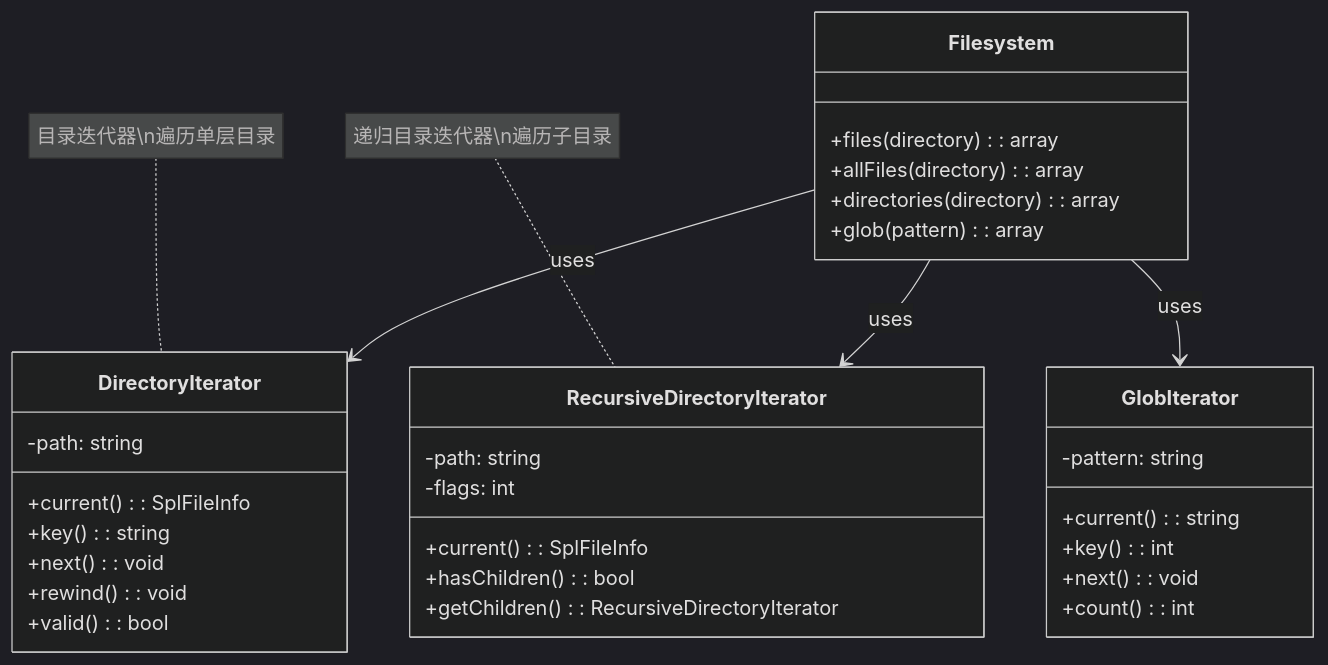
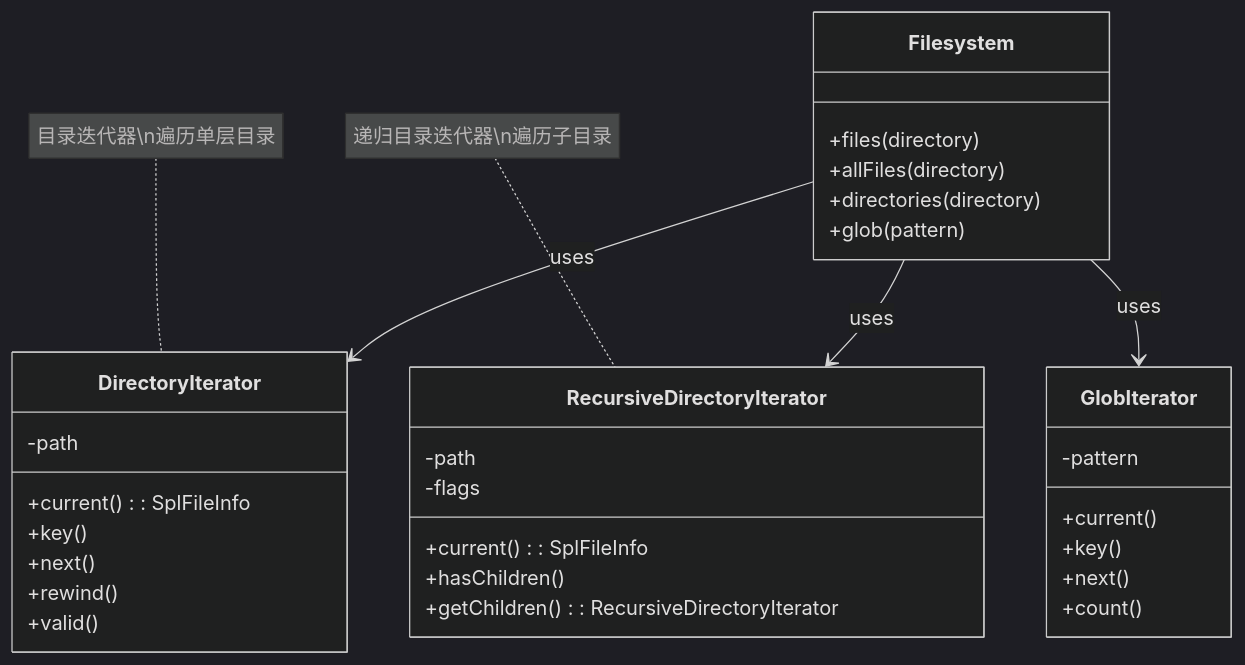
The fifth of 7 diagrams in resources/design-patterns/laravel/behavioral/iterator_zh.md (fanly/DesignPattern), drawn with Mermaid (dark theme) before and after one commit. The commit also changed other lines of this file and 103 other files, not shown here.

````diff
--- a/resources/design-patterns/laravel/behavioral/iterator_zh.md
+++ b/resources/design-patterns/laravel/behavioral/iterator_zh.md
@@ -169,41 +169,41 @@
 ```mermaid
 classDiagram
     class Filesystem {
-        +files(directory): array
-        +allFiles(directory): array
-        +directories(directory): array
-        +glob(pattern): array
+        +files(directory)
+        +allFiles(directory)
+        +directories(directory)
+        +glob(pattern)
     }
     
     class DirectoryIterator {
-        -path: string
+        -path
         +current(): SplFileInfo
-        +key(): string
-        +next(): void
-        +rewind(): void
-        +valid(): bool
+        +key()
+        +next()
+        +rewind()
+        +valid()
     }
     
     class RecursiveDirectoryIterator {
-        -path: string
-        -flags: int
+        -path
+        -flags
         +current(): SplFileInfo
-        +hasChildren(): bool
+        +hasChildren()
         +getChildren(): RecursiveDirectoryIterator
     }
     
     class GlobIterator {
-        -pattern: string
-        +current(): string
-        +key(): int
-        +next(): void
-        +count(): int
+        -pattern
+        +current()
+        +key()
+        +next()
+        +count()
     }
     
     Filesystem --> DirectoryIterator : uses
     Filesystem --> RecursiveDirectoryIterator : uses
     Filesystem --> GlobIterator : uses
     
     note for DirectoryIterator "目录迭代器\n遍历单层目录"
     note for RecursiveDirectoryIterator "递归目录迭代器\n遍历子目录"
 ```
````
